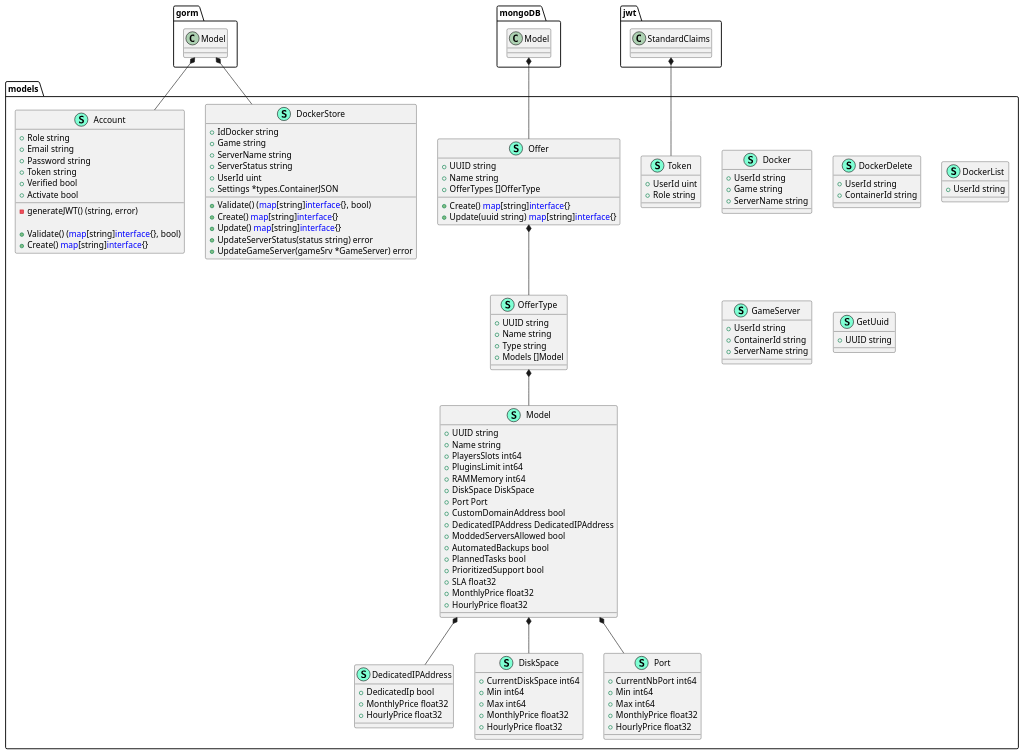
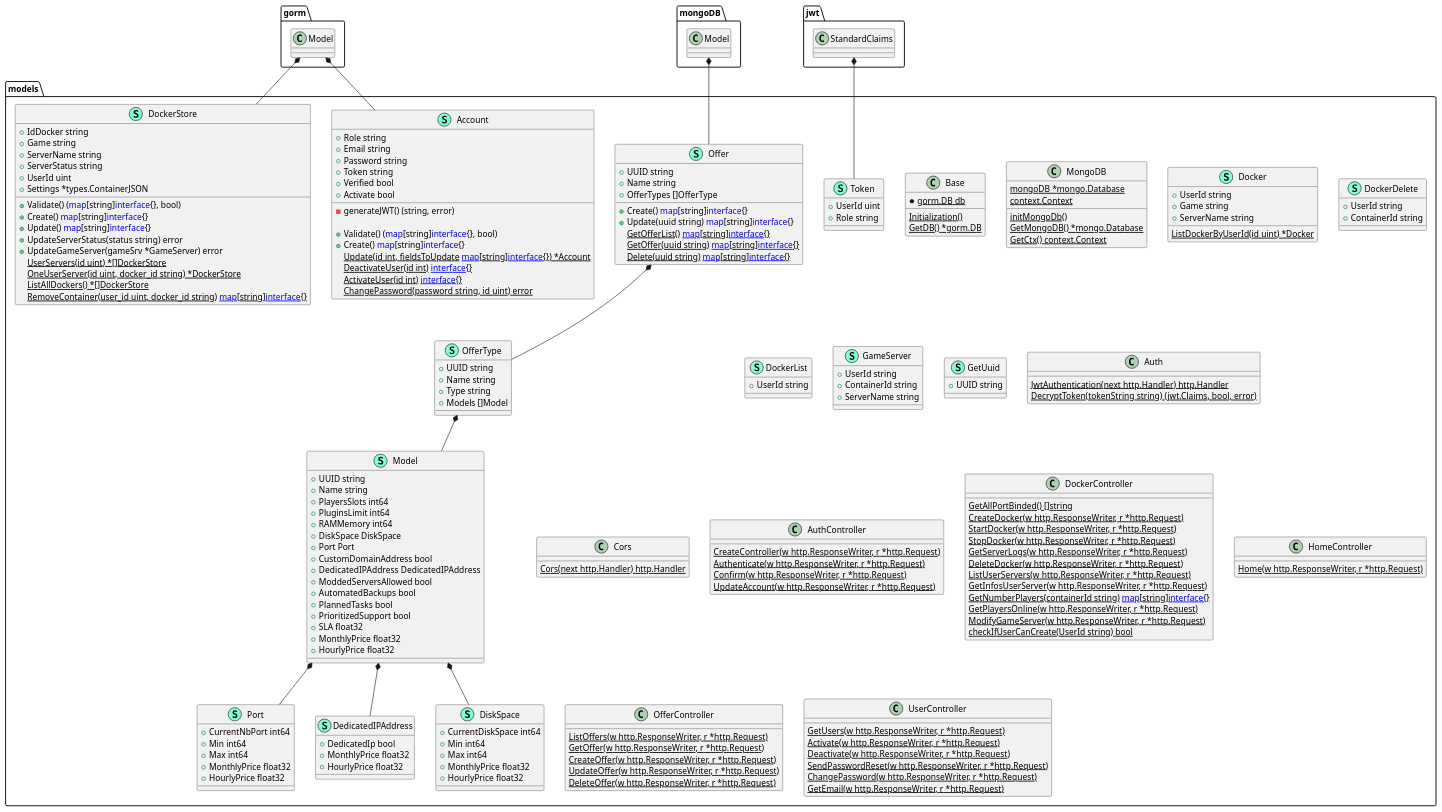
One commit to TechnoServsEIP/Backend changed the diagram in technoservs-diagram.puml. Above: the diagram before and after it, drawn with PlantUML.

```diff
--- a/technoservs-diagram.puml
+++ b/technoservs-diagram.puml
@@ -12,7 +12,22 @@
 
         + Validate() (<font color=blue>map</font>[string]<font color=blue>interface</font>{}, bool)
         + Create() <font color=blue>map</font>[string]<font color=blue>interface</font>{}
-
+         {static} Update(id int, fieldsToUpdate <font color=blue>map</font>[string]<font color=blue>interface</font>{}) *Account
+         {static} DeactivateUser(id int) <font color=blue>interface</font>{}
+         {static} ActivateUser(id int) <font color=blue>interface</font>{}
+         {static} ChangePassword(password string, id uint) error
+    }
+    class Base {
+        {static} *gorm.DB db
+        {static} Initialization()
+        {static} GetDB() *gorm.DB
+    }
+    class MongoDB {
+        {static} mongoDB *mongo.Database
+        {static} context.Context
+        {static} initMongoDb()
+        {static} GetMongoDB() *mongo.Database
+        {static} GetCtx() context.Context
     }
     class DedicatedIPAddress << (S,Aquamarine) >> {
         + DedicatedIp bool
@@ -32,6 +47,7 @@
         + UserId string
         + Game string
         + ServerName string
+        {static} ListDockerByUserId(id uint) *Docker
 
     }
     class DockerDelete << (S,Aquamarine) >> {
@@ -56,6 +72,10 @@
         + Update() <font color=blue>map</font>[string]<font color=blue>interface</font>{}
         + UpdateServerStatus(status string) error
         + UpdateGameServer(gameSrv *GameServer) error
+        {static} UserServers(id uint) *[]DockerStore
+        {static} OneUserServer(id uint, docker_id string) *DockerStore
+        {static} ListAllDockers() *[]DockerStore
+        {static} RemoveContainer(user_id uint, docker_id string) <font color=blue>map</font>[string]<font color=blue>interface</font>{}
 
     }
     class GameServer << (S,Aquamarine) >> {
@@ -94,7 +114,9 @@
 
         + Create() <font color=blue>map</font>[string]<font color=blue>interface</font>{}
         + Update(uuid string) <font color=blue>map</font>[string]<font color=blue>interface</font>{}
-
+        {static} GetOfferList() <font color=blue>map</font>[string]<font color=blue>interface</font>{}
+        {static} GetOffer(uuid string) <font color=blue>map</font>[string]<font color=blue>interface</font>{}
+        {static} Delete(uuid string) <font color=blue>map</font>[string]<font color=blue>interface</font>{}
     }
     class OfferType << (S,Aquamarine) >> {
         + UUID string
@@ -116,6 +138,54 @@
         + Role string
 
     }
+
+    class Auth {
+        {static} JwtAuthentication(next http.Handler) http.Handler
+        {static} DecryptToken(tokenString string) (jwt.Claims, bool, error)
+    }
+    class Cors {
+        {static} Cors(next http.Handler) http.Handler
+    }
+    class AuthController {
+        {static} CreateController(w http.ResponseWriter, r *http.Request)
+        {static} Authenticate(w http.ResponseWriter, r *http.Request)
+        {static} Confirm(w http.ResponseWriter, r *http.Request)
+        {static} UpdateAccount(w http.ResponseWriter, r *http.Request)
+
+    }
+    class DockerController {
+        {static} GetAllPortBinded() []string
+        {static} CreateDocker(w http.ResponseWriter, r *http.Request)
+        {static} StartDocker(w http.ResponseWriter, r *http.Request)
+        {static} StopDocker(w http.ResponseWriter, r *http.Request)
+        {static} GetServerLogs(w http.ResponseWriter, r *http.Request)
+        {static} DeleteDocker(w http.ResponseWriter, r *http.Request)
+        {static} ListUserServers(w http.ResponseWriter, r *http.Request)
+        {static} GetInfosUserServer(w http.ResponseWriter, r *http.Request)
+        {static} GetNumberPlayers(containerId string) <font color=blue>map</font>[string]<font color=blue>interface</font>{}
+        {static} GetPlayersOnline(w http.ResponseWriter, r *http.Request)
+        {static} ModifyGameServer(w http.ResponseWriter, r *http.Request)
+        {static} checkIfUserCanCreate(UserId string) bool
+    }
+    class HomeController {
+        {static} Home(w http.ResponseWriter, r *http.Request)
+    }
+    class OfferController {
+        {static} ListOffers(w http.ResponseWriter, r *http.Request)
+        {static} GetOffer(w http.ResponseWriter, r *http.Request)
+        {static} CreateOffer(w http.ResponseWriter, r *http.Request)
+        {static} UpdateOffer(w http.ResponseWriter, r *http.Request)
+        {static} DeleteOffer(w http.ResponseWriter, r *http.Request)
+    }
+    class UserController {
+        {static} GetUsers(w http.ResponseWriter, r *http.Request)
+        {static} Activate(w http.ResponseWriter, r *http.Request)
+        {static} Deactivate(w http.ResponseWriter, r *http.Request)
+        {static} SendPasswordReset(w http.ResponseWriter, r *http.Request)
+        {static} ChangePassword(w http.ResponseWriter, r *http.Request)
+        {static} GetEmail(w http.ResponseWriter, r *http.Request)
+        
+    }
 }
 "gorm.Model" *-- "models.Account"
 "gorm.Model" *-- "models.DockerStore"
```
